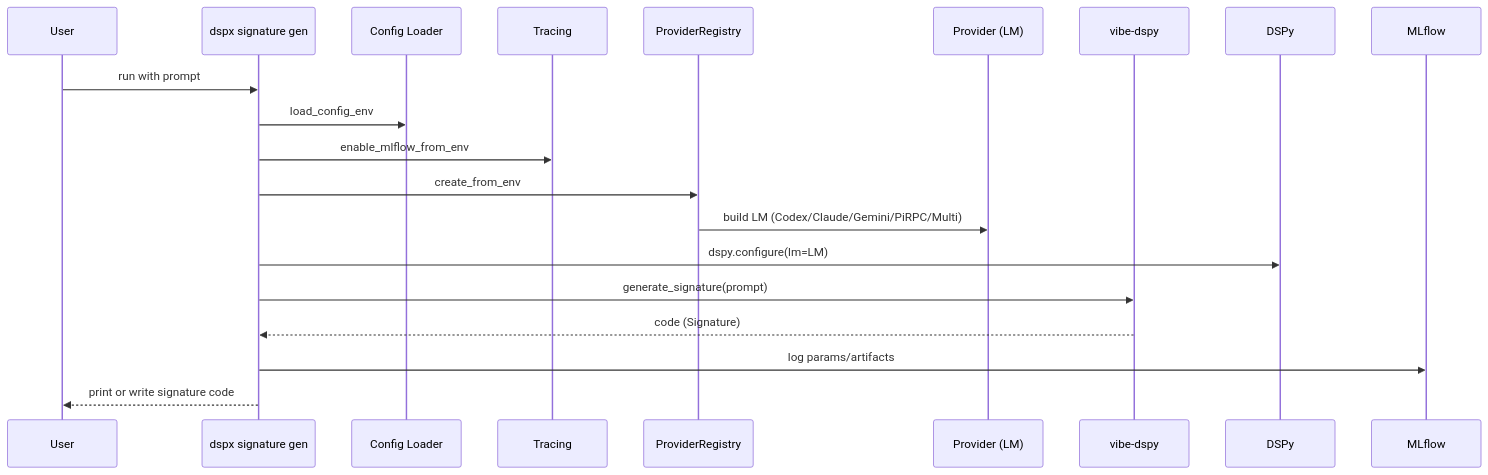
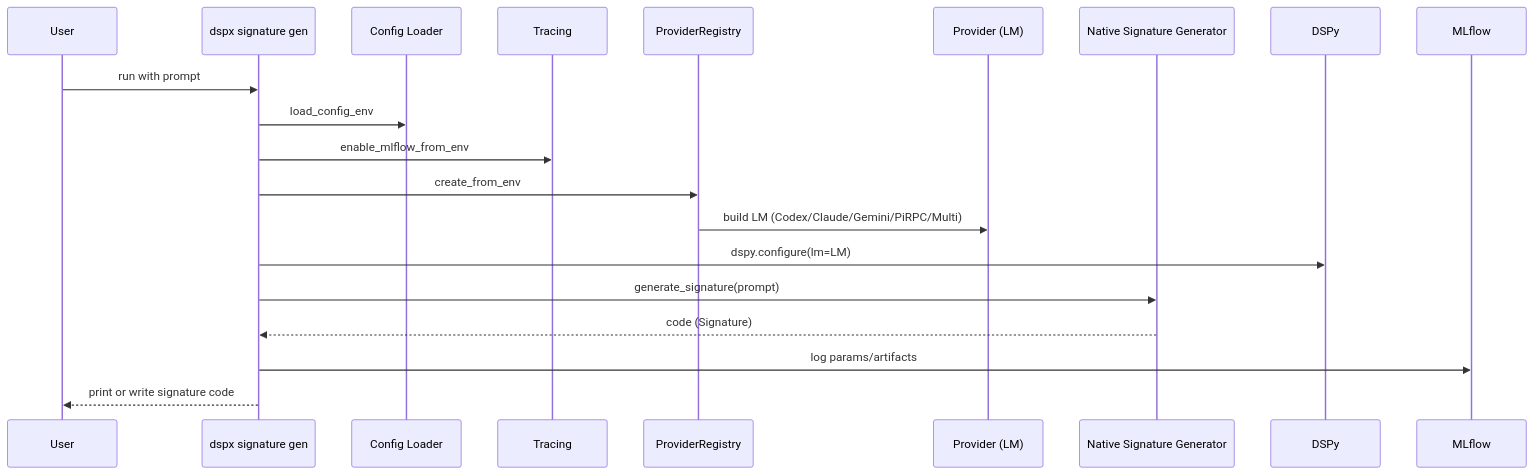
Before and after one commit to tryingET/dspx: the third of 6 diagrams in docs/ARCHITECTURE.md, drawn with Mermaid. The commit also changed 14 other files, not shown here.

Commit message:
refactor(signature): remove vibe-dspy integration and use native path only

````diff
--- a/docs/ARCHITECTURE.md
+++ b/docs/ARCHITECTURE.md
@@ -132,23 +132,23 @@
 ```mermaid
 sequenceDiagram
   participant U as User
   participant CLI as dspx signature gen
   participant Conf as Config Loader
   participant Tr as Tracing
   participant Reg as ProviderRegistry
   participant LM as Provider (LM)
-  participant Vibe as vibe-dspy
+  participant Sig as Native Signature Generator
   participant DSPy as DSPy
   participant ML as MLflow
 
   U->>CLI: run with prompt
   CLI->>Conf: load_config_env
   CLI->>Tr: enable_mlflow_from_env
   CLI->>Reg: create_from_env
   Reg->>LM: build LM (Codex/Claude/Gemini/PiRPC/Multi)
   CLI->>DSPy: dspy.configure(lm=LM)
-  CLI->>Vibe: generate_signature(prompt)
-  Vibe-->>CLI: code (Signature)
+  CLI->>Sig: generate_signature(prompt)
+  Sig-->>CLI: code (Signature)
   CLI->>ML: log params/artifacts
   CLI-->>U: print or write signature code
 ```
````
